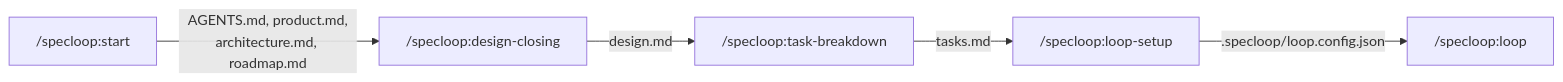
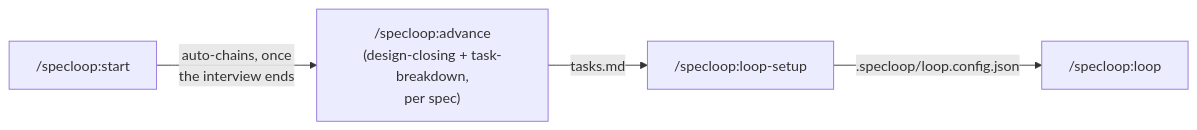
One commit to SebassContreras/specloop changed the diagram in README.md. Above: the diagram before and after it, drawn with Mermaid. The commit also changed other lines of this file and 6 other files, not shown here.

First line of the commit message:
fix(033): sweep the repo for specloop:advance consistency

````diff
--- a/README.md
+++ b/README.md
@@ -22,7 +22,6 @@
 ```mermaid
 flowchart LR
-    A["/specloop:start"] -->|"AGENTS.md, product.md,<br/>architecture.md, roadmap.md"| B["/specloop:design-closing"]
-    B -->|"design.md"| C["/specloop:task-breakdown"]
-    C -->|"tasks.md"| D["/specloop:loop-setup"]
+    A["/specloop:start"] -->|"auto-chains, once<br/>the interview ends"| ADV["/specloop:advance<br/>(design-closing + task-breakdown,<br/>per spec)"]
+    ADV -->|"tasks.md"| D["/specloop:loop-setup"]
     D -->|".specloop/loop.config.json"| E["/specloop:loop"]
 ```
````
